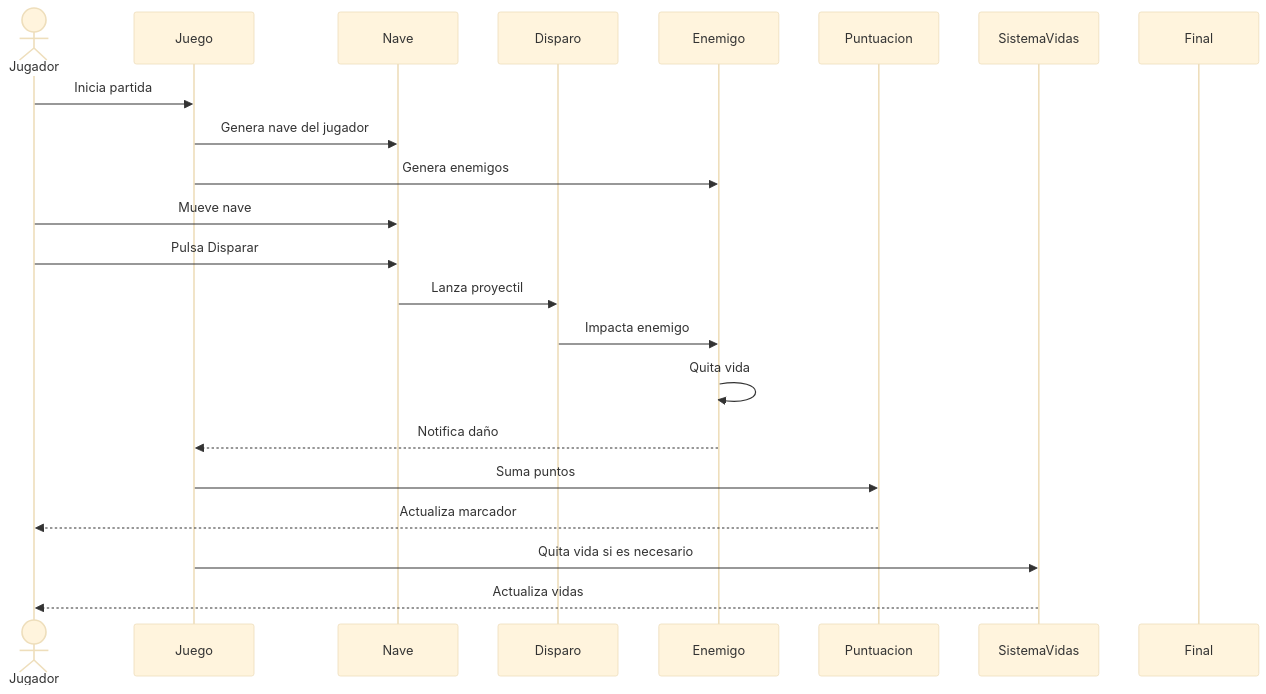
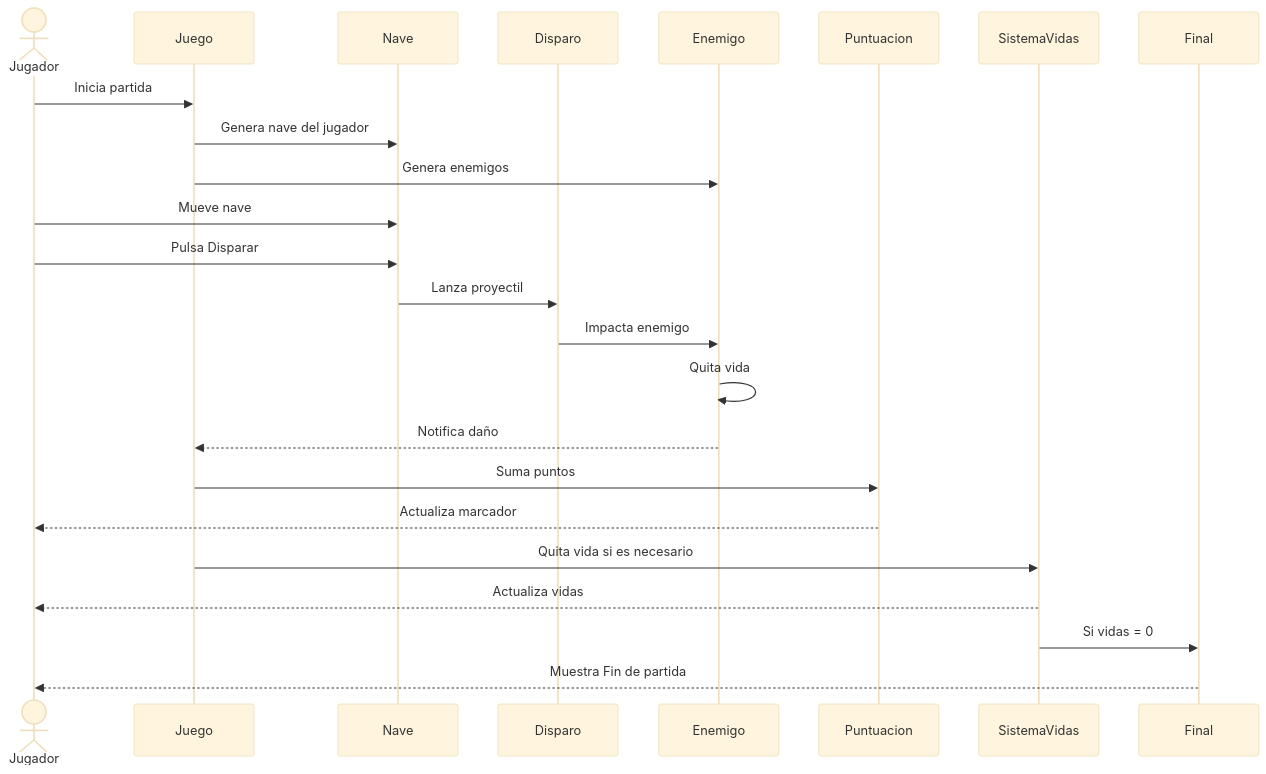
Before and after one commit to moronlopezalvaro/Khaenriah: the diagram in DiagramadeSecuencia.md, drawn with Mermaid (base theme).

````diff
--- a/DiagramadeSecuencia.md
+++ b/DiagramadeSecuencia.md
@@ -1,33 +1,34 @@
 ```mermaid
 
 sequenceDiagram
 
     actor Jugador
     participant Juego
     participant Nave
     participant Disparo
     participant Enemigo
     participant Puntuacion
     participant SistemaVidas
     participant Final
 
 
     Jugador->>Juego: Inicia partida
     Juego->>Nave: Genera nave del jugador
     Juego->>Enemigo: Genera enemigos
 
     Jugador->>Nave: Mueve nave
     Jugador->>Nave: Pulsa Disparar
     Nave->>Disparo: Lanza proyectil
     Disparo->>Enemigo: Impacta enemigo
     Enemigo->>Enemigo: Quita vida
 
 
     Enemigo-->>Juego: Notifica daño
     Juego->>Puntuacion: Suma puntos
     Puntuacion-->>Jugador: Actualiza marcador
 
     Juego->>SistemaVidas: Quita vida si es necesario
     SistemaVidas-->>Jugador: Actualiza vidas
-
+    SistemaVidas->>Final: Si vidas = 0
+    Final-->>Jugador: Muestra Fin de partida
 ```
````
